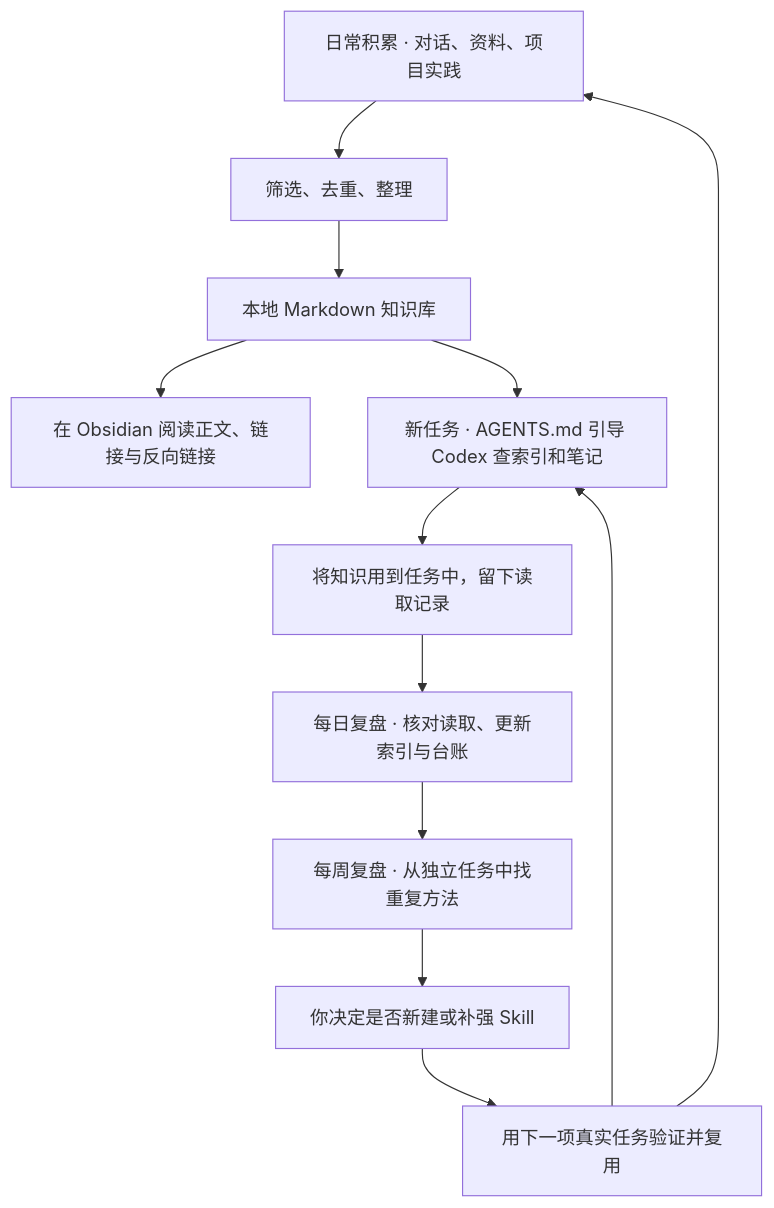
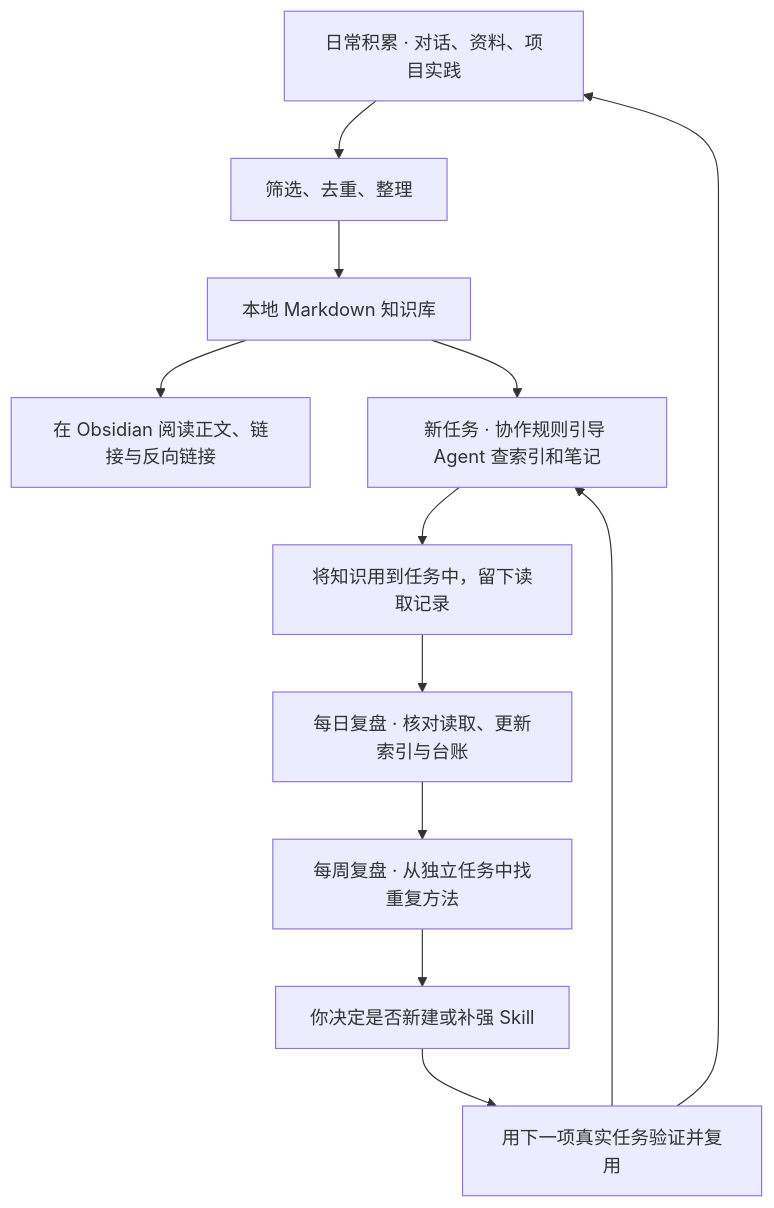
The diagram in README.zh-CN.md (gilbertwuu/lifeos-knowledge), drawn with Mermaid before and after one commit. The commit also changed other lines of this file and 3 other files, not shown here.

````diff
--- a/README.zh-CN.md
+++ b/README.zh-CN.md
@@ -9,14 +9,14 @@
 ```mermaid
 flowchart TD
     A["日常积累 · 对话、资料、项目实践"] --> B["筛选、去重、整理"]
     B --> C["本地 Markdown 知识库"]
     C --> D["在 Obsidian 阅读正文、链接与反向链接"]
-    C --> E["新任务 · AGENTS.md 引导 Codex 查索引和笔记"]
+    C --> E["新任务 · 协作规则引导 Agent 查索引和笔记"]
     E --> F["将知识用到任务中，留下读取记录"]
     F --> G["每日复盘 · 核对读取、更新索引与台账"]
     G --> H["每周复盘 · 从独立任务中找重复方法"]
     H --> I["你决定是否新建或补强 Skill"]
     I --> J["用下一项真实任务验证并复用"]
     J --> E
     J --> A
 ```
````
